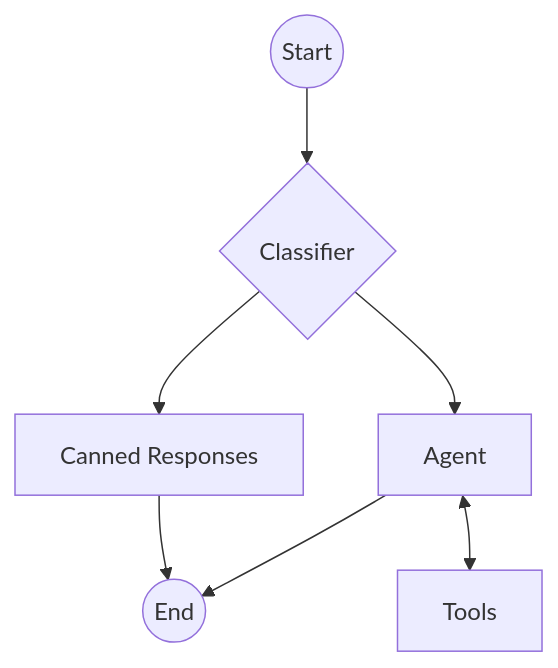
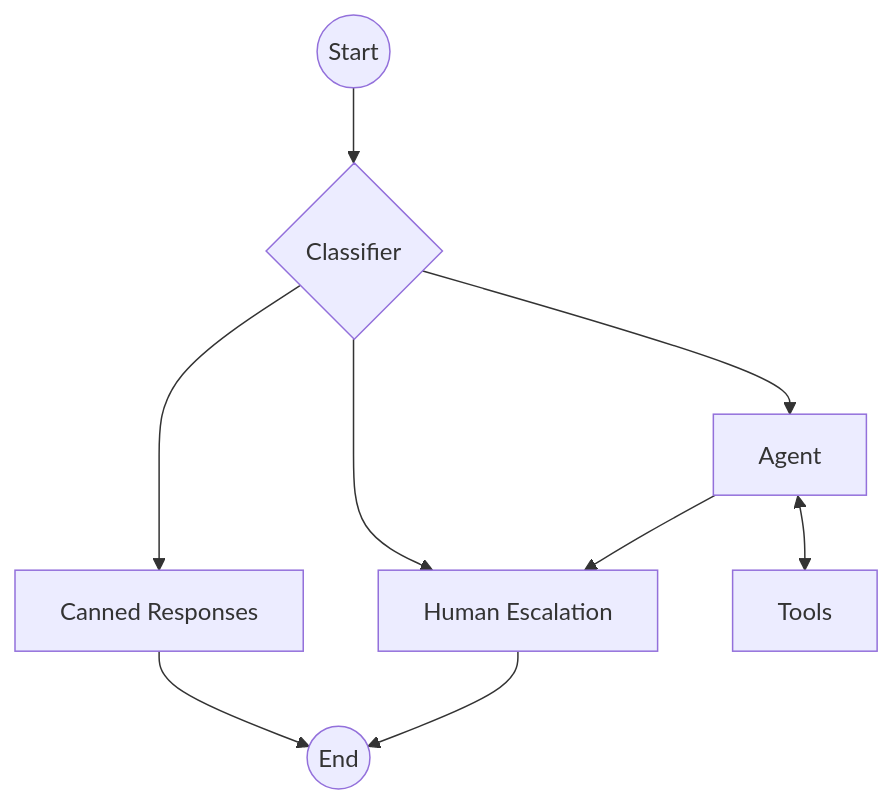
One commit to mardycow/edtech-agent-assist changed the diagram in docs/tasks/agent_workflow.md. Above: the diagram before and after it, drawn with Mermaid. The commit also changed other lines of this file and 6 other files, not shown here.

````diff
--- a/docs/tasks/agent_workflow.md
+++ b/docs/tasks/agent_workflow.md
@@ -11,13 +11,16 @@
 ```mermaid
 graph TD
     Start((Start)) --> Classifier{Classifier}
 
     Classifier --> Template[Canned Responses]
+    Classifier --> Human[Human Escalation]
     Template --> End((End))
 
     Classifier --> Agent[Agent]
 
     Agent <--> Tools[Tools]
 
-    Agent --> End
+    Agent --> Human
+
+    Human --> End
 ```
````
